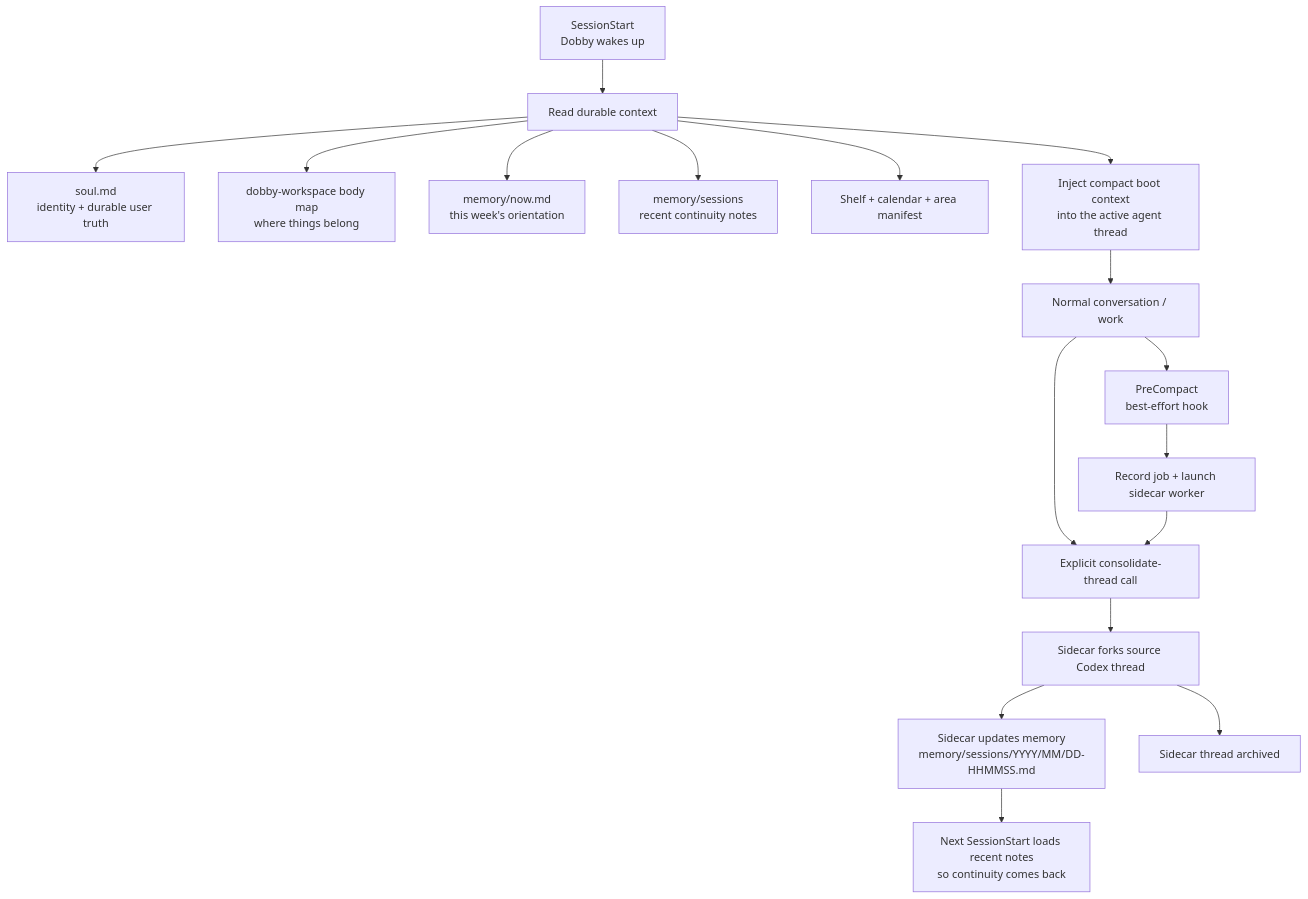
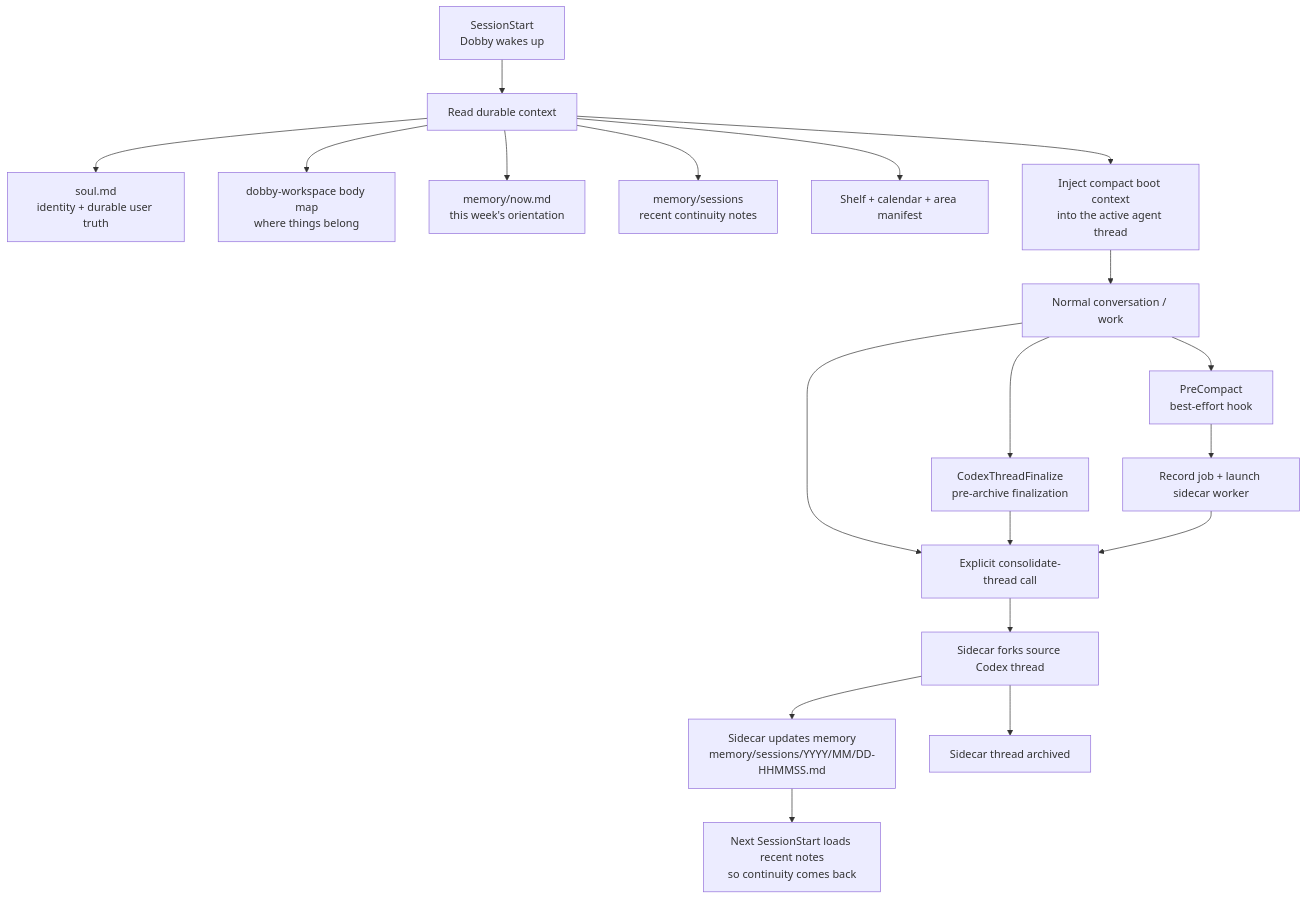
Before and after one commit to wisdom-in-a-nutshell/.agents: the diagram in skills-source/owned/dobby-lifecycle/references/lifecycle-hooks.md, drawn with Mermaid. The commit also changed other lines of this file and 14 other files, not shown here.

````diff
--- a/skills-source/owned/dobby-lifecycle/references/lifecycle-hooks.md
+++ b/skills-source/owned/dobby-lifecycle/references/lifecycle-hooks.md
@@ -8,23 +8,25 @@
 ```mermaid
 flowchart TD
     A["SessionStart<br/>Dobby wakes up"] --> B["Read durable context"]
     B --> B1["soul.md<br/>identity + durable user truth"]
     B --> B2["dobby-workspace body map<br/>where things belong"]
     B --> B3["memory/now.md<br/>this week's orientation"]
     B --> B4["memory/sessions<br/>recent continuity notes"]
     B --> B5["Shelf + calendar + area manifest"]
     B --> C["Inject compact boot context<br/>into the active agent thread"]
 
     C --> D["Normal conversation / work"]
 
     D --> P["PreCompact<br/>best-effort hook"]
     P --> Q["Record job + launch sidecar worker"]
 
     D --> F["Explicit consolidate-thread call"]
+    D --> E["CodexThreadFinalize<br/>pre-archive finalization"]
+    E --> F
     Q --> F
     F --> G["Sidecar forks source Codex thread"]
     G --> H["Sidecar updates memory<br/>memory/sessions/YYYY/MM/DD-HHMMSS.md"]
     G --> I["Sidecar thread archived"]
 
     H --> K["Next SessionStart loads recent notes<br/>so continuity comes back"]
 ```
````
